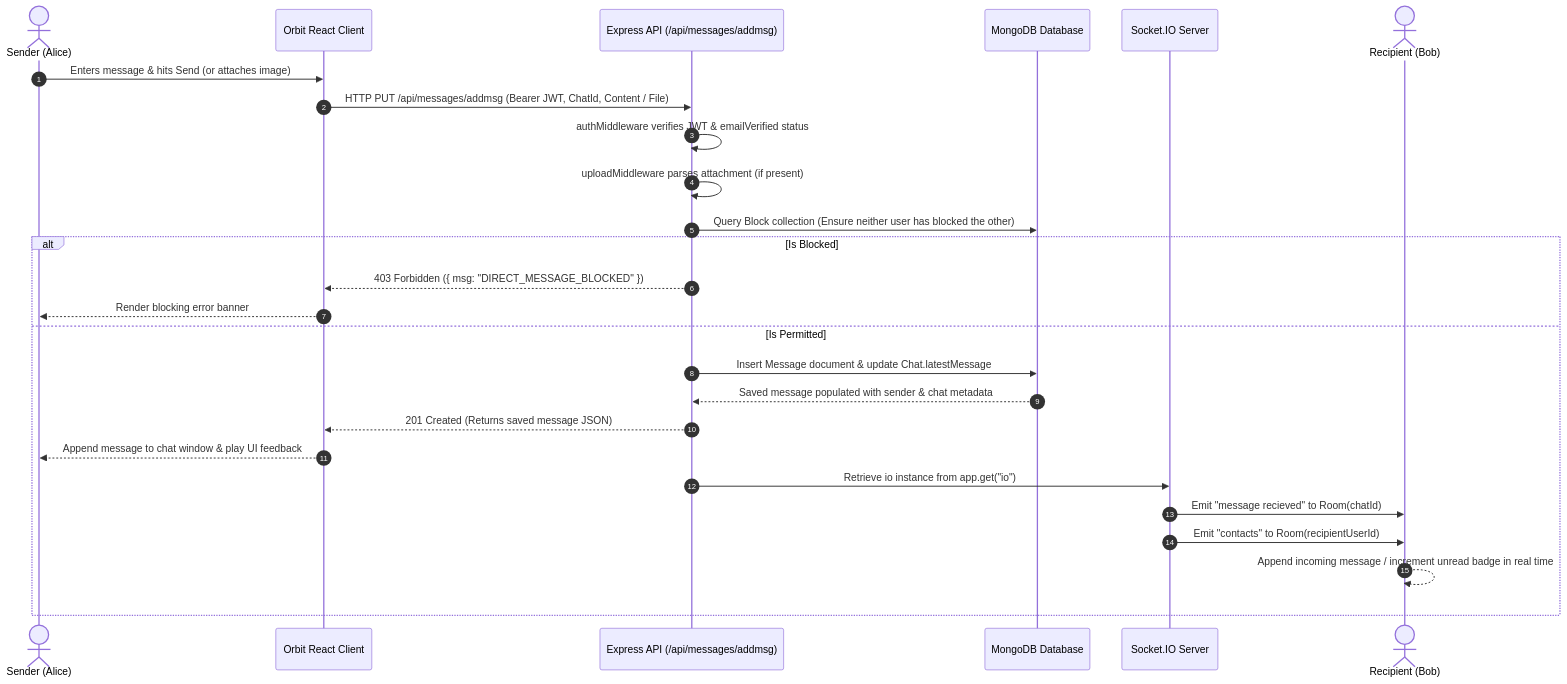
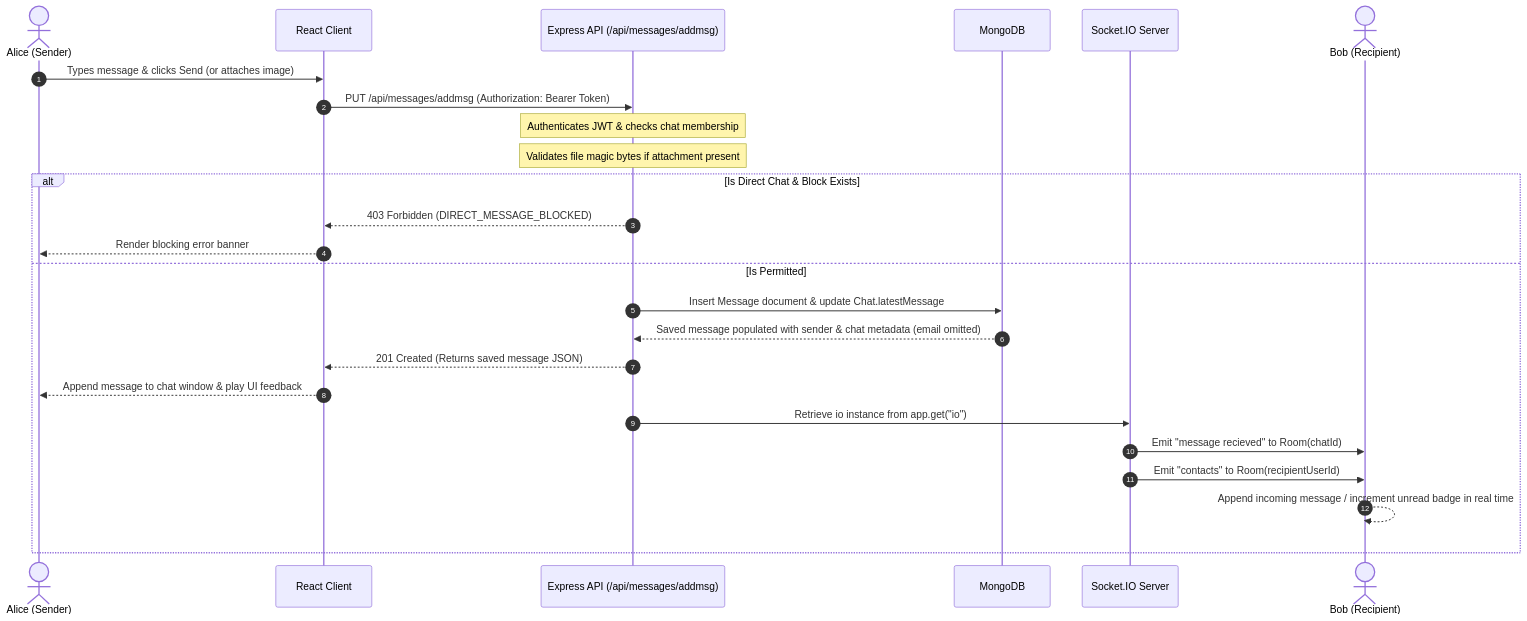
Before and after one commit to I-Appy-I/Orbit: the diagram in README.md, drawn with Mermaid. The commit also changed other lines of this file and 33 other files, not shown here.

````diff
--- a/README.md
+++ b/README.md
@@ -398,29 +393,28 @@
 ```mermaid
 sequenceDiagram
     autonumber
-    actor Alice as Sender (Alice)
-    participant UI as Orbit React Client
+    actor Alice as Alice (Sender)
+    participant UI as React Client
     participant API as Express API (/api/messages/addmsg)
-    participant DB as MongoDB Database
+    participant DB as MongoDB
     participant Socket as Socket.IO Server
-    actor Bob as Recipient (Bob)
+    actor Bob as Bob (Recipient)
 
-    Alice->>UI: Enters message & hits Send (or attaches image)
-    UI->>API: HTTP PUT /api/messages/addmsg (Bearer JWT, ChatId, Content / File)
-    API->>API: authMiddleware verifies JWT & emailVerified status
-    API->>API: uploadMiddleware parses attachment (if present)
-    API->>DB: Query Block collection (Ensure neither user has blocked the other)
-    alt Is Blocked
-        API-->>UI: 403 Forbidden ({ msg: "DIRECT_MESSAGE_BLOCKED" })
+    Alice->>UI: Types message & clicks Send (or attaches image)
+    UI->>API: PUT /api/messages/addmsg (Authorization: Bearer Token)
+    Note over API: Authenticates JWT & checks chat membership
+    Note over API: Validates file magic bytes if attachment present
+    alt Is Direct Chat & Block Exists
+        API-->>UI: 403 Forbidden (DIRECT_MESSAGE_BLOCKED)
         UI-->>Alice: Render blocking error banner
     else Is Permitted
         API->>DB: Insert Message document & update Chat.latestMessage
-        DB-->>API: Saved message populated with sender & chat metadata
+        DB-->>API: Saved message populated with sender & chat metadata (email omitted)
         API-->>UI: 201 Created (Returns saved message JSON)
         UI-->>Alice: Append message to chat window & play UI feedback
         API->>Socket: Retrieve io instance from app.get("io")
         Socket->>Bob: Emit "message recieved" to Room(chatId)
         Socket->>Bob: Emit "contacts" to Room(recipientUserId)
         Bob-->>Bob: Append incoming message / increment unread badge in real time
     end
 ```
````
